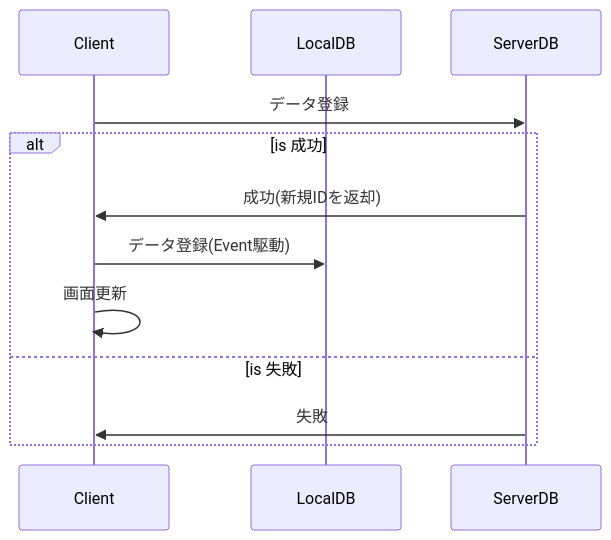
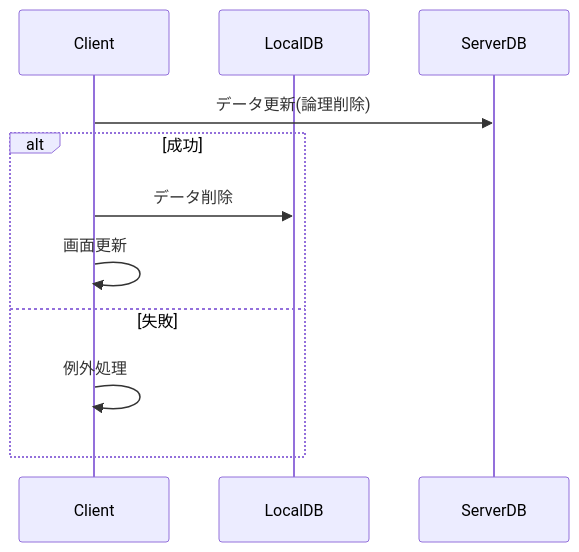
The third of 4 diagrams in doc/logic/db-sync-flow.md (skysan87/timeup-tools), drawn with Mermaid before and after one commit. The commit also changed other lines of this file, not shown here.

````diff
--- a/doc/logic/db-sync-flow.md
+++ b/doc/logic/db-sync-flow.md
@@ -34,15 +50,14 @@
 ```mermaid
 sequenceDiagram
   participant 1 as Client
   participant 2 as LocalDB
   participant 3 as ServerDB
 
-  1->>3: データ登録
-  alt is 成功
-    3->>1: 成功(新規IDを返却)
-    1->>2: データ登録(Event駆動)
+  1->>3: データ更新(論理削除)
+  alt 成功
+    1->>2: データ削除
     1->>1: 画面更新
-  else is 失敗
-    3->>1: 失敗
+  else 失敗
+    1->>1: 例外処理
   end
 ```
````
